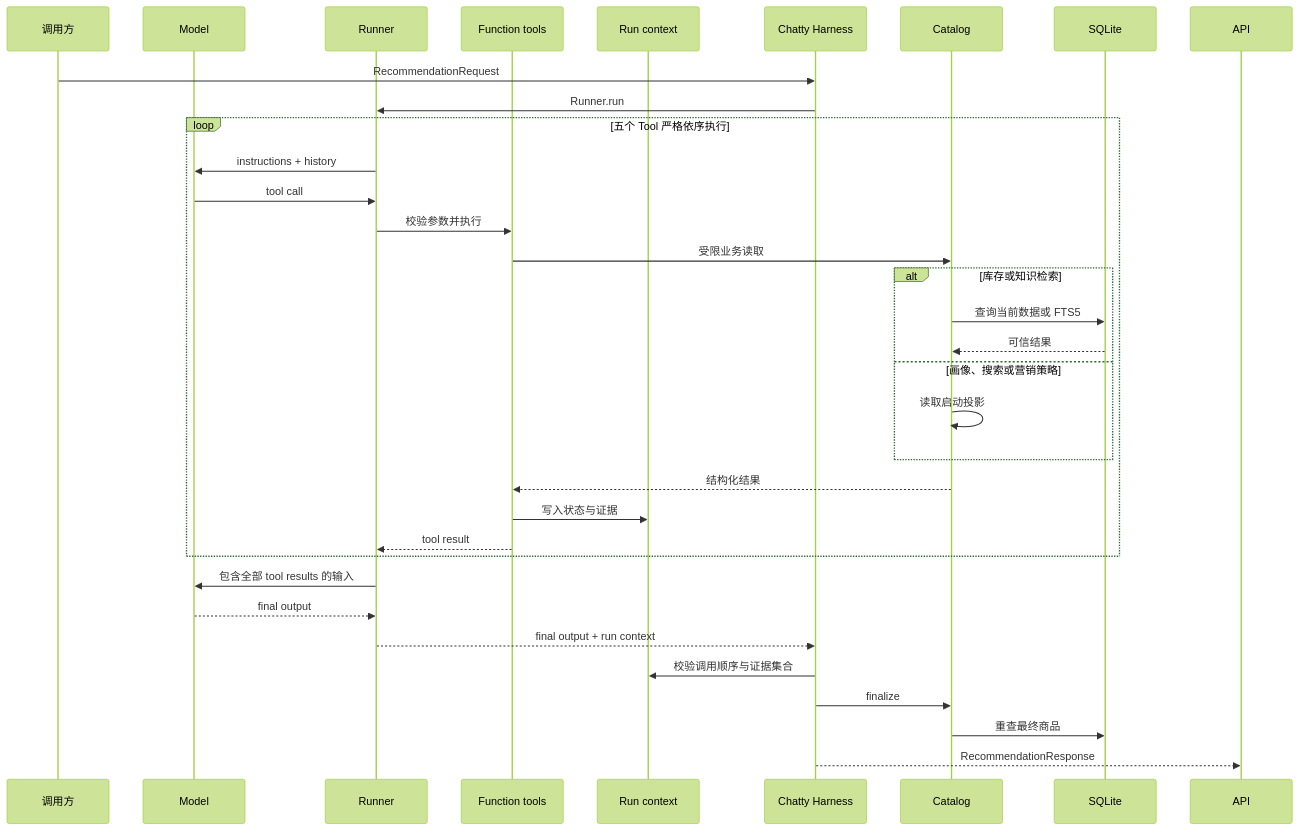
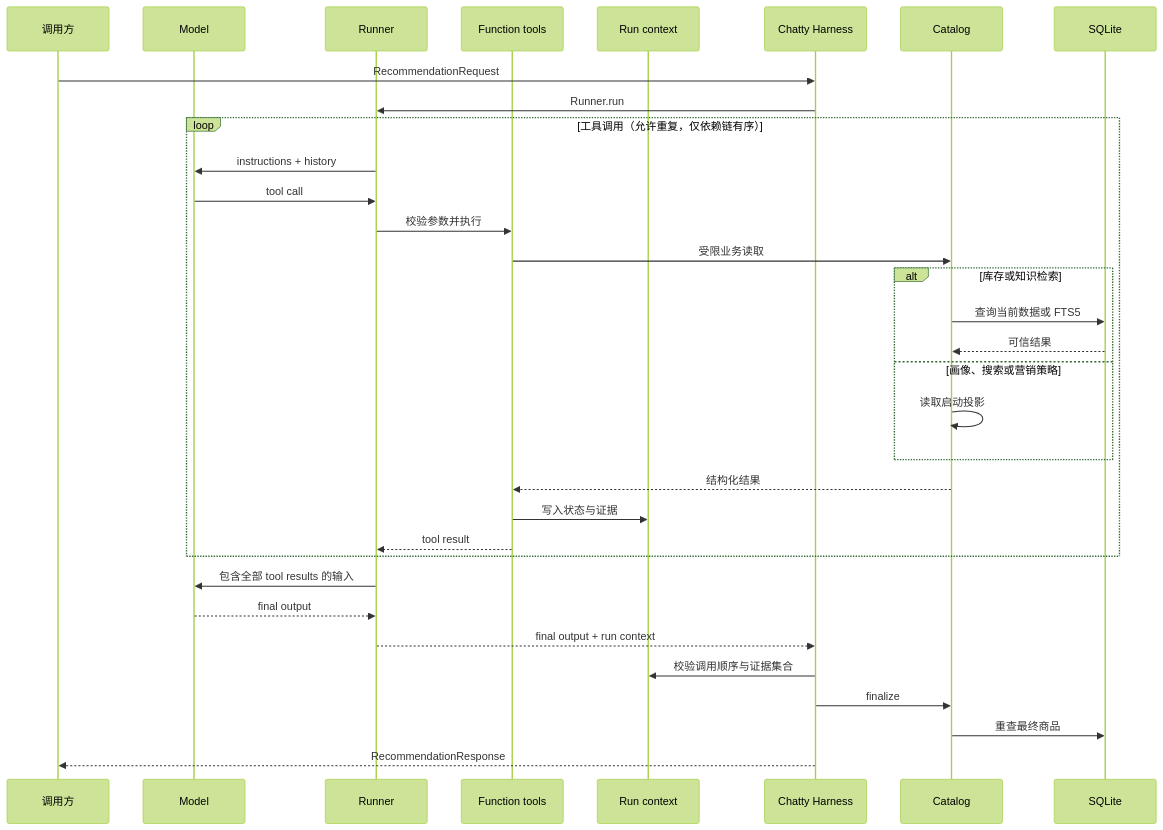
The first of 4 diagrams in docs/architecture.md (ImWenyaoT/chatty), drawn with Mermaid (forest theme) before and after one commit. The commit also changed other lines of this file and 8 other files, not shown here.

````diff
--- a/docs/architecture.md
+++ b/docs/architecture.md
@@ -9,35 +9,35 @@
 ```mermaid
 sequenceDiagram
     participant CALLER as 调用方
     participant M as Model
     participant R as Runner
     participant T as Function tools
     participant C as Run context
     participant H as Chatty Harness
     participant CAT as Catalog
     participant DB as SQLite
     CALLER->>H: RecommendationRequest
     H->>R: Runner.run
-    loop 五个 Tool 严格依序执行
+    loop 工具调用（允许重复，仅依赖链有序）
         R->>M: instructions + history
         M->>R: tool call
         R->>T: 校验参数并执行
         T->>CAT: 受限业务读取
         alt 库存或知识检索
             CAT->>DB: 查询当前数据或 FTS5
             DB-->>CAT: 可信结果
         else 画像、搜索或营销策略
             CAT->>CAT: 读取启动投影
         end
         CAT-->>T: 结构化结果
         T->>C: 写入状态与证据
         T-->>R: tool result
     end
     R->>M: 包含全部 tool results 的输入
     M-->>R: final output
     R-->>H: final output + run context
     H->>C: 校验调用顺序与证据集合
     H->>CAT: finalize
     CAT->>DB: 重查最终商品
-    H-->>API: RecommendationResponse
+    H-->>CALLER: RecommendationResponse
 ```
````
